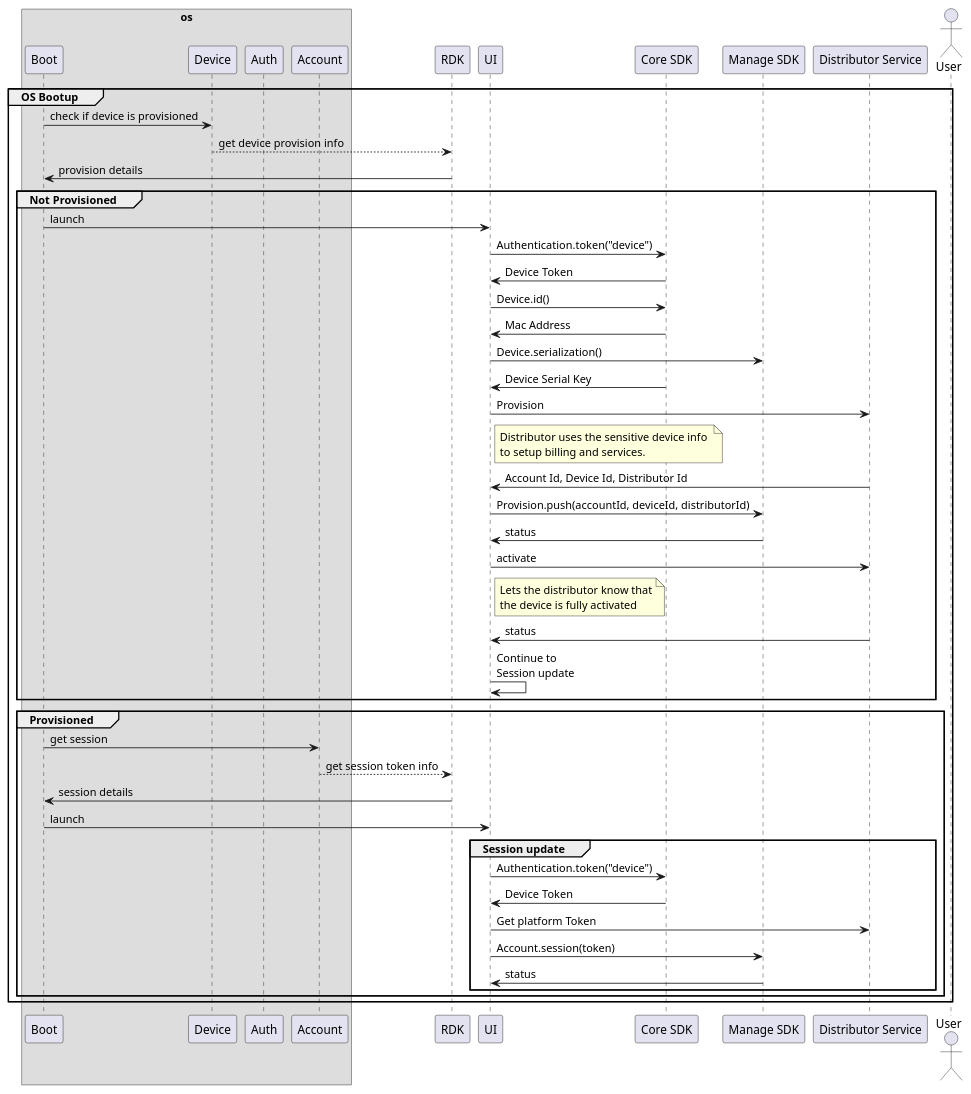
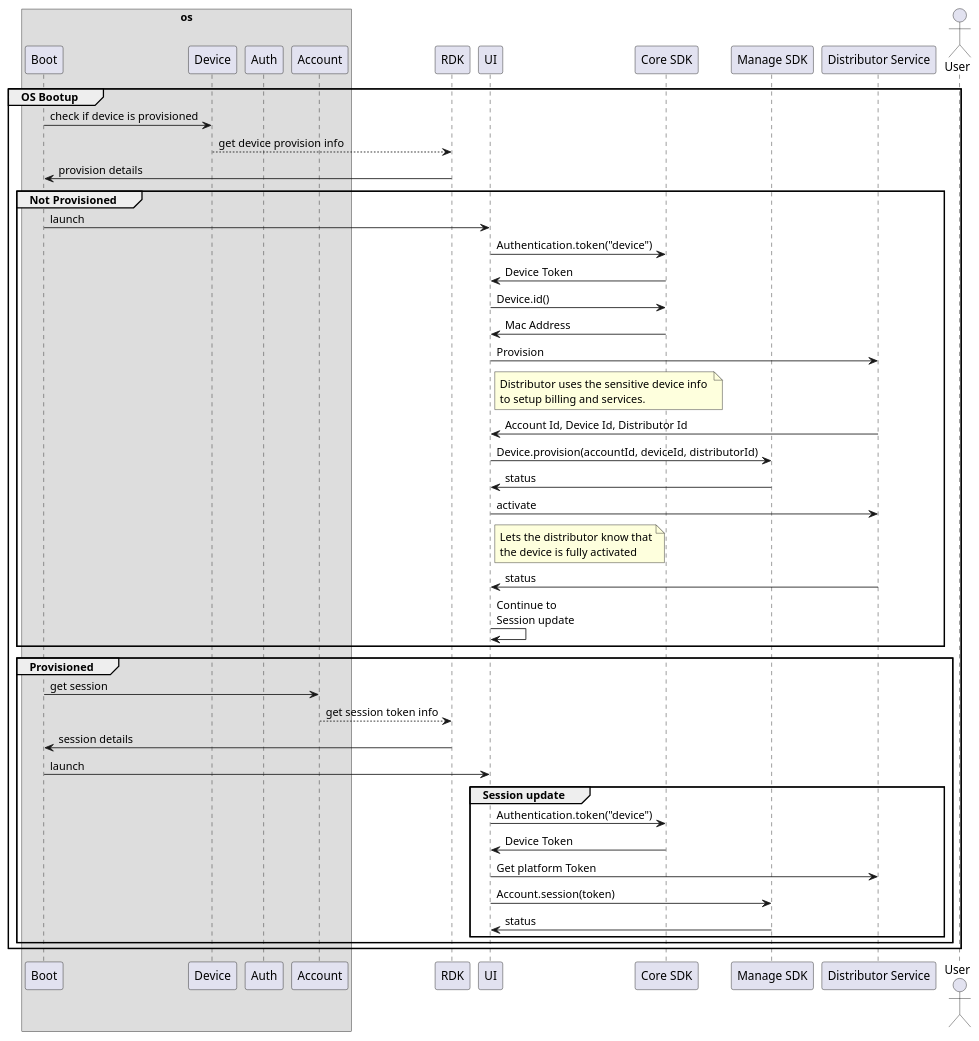
One commit to rdkcentral/ripple-rpc changed the diagram in src/diagrams/provision.puml. Above: the diagram before and after it, drawn with PlantUML. The commit also changed 2 other files, not shown here.

Commit message:
Remove Serialization, Provision Module Dist Id

```diff
--- a/src/diagrams/provision.puml
+++ b/src/diagrams/provision.puml
@@ -1,56 +1,54 @@
 @startuml
 
 box os
     participant boot as "Boot"
     participant device as "Device"
     participant auth as "Auth"
     participant account as "Account"
 end box
 participant rdk as "RDK"
 participant ui as "UI"
 
 participant core as "Core SDK"
 participant manage as "Manage SDK"
 participant distributor as "Distributor Service"
 actor user as "User"
 
 group OS Bootup
     boot -> device: check if device is provisioned
     device --> rdk : get device provision info
     rdk -> boot : provision details
     group Not Provisioned
         boot -> ui :launch
         ui -> core:Authentication.token("device")
         core -> ui:Device Token
         ui -> core:Device.id()
         core -> ui:Mac Address
-        ui -> manage:Device.serialization()
-        core -> ui:Device Serial Key
         ui -> distributor:Provision
         note right of ui: Distributor uses the sensitive device info \nto setup billing and services.
         distributor -> ui:Account Id, Device Id, Distributor Id
-        ui -> manage:Provision.push(accountId, deviceId, distributorId)
+        ui -> manage:Device.provision(accountId, deviceId, distributorId)
         manage -> ui:status
         ui -> distributor:activate
         note right of ui: Lets the distributor know that\nthe device is fully activated
         distributor -> ui: status
         ui -> ui:Continue to \nSession update
     end
     group Provisioned
         boot -> account : get session
         account --> rdk: get session token info
         rdk -> boot : session details
         boot -> ui :launch
         group Session update
             ui -> core:Authentication.token("device")
             core -> ui:Device Token
             ui -> distributor:Get platform Token
             ui -> manage:Account.session(token)
             manage -> ui:status
         end
     end
 
 end
 
 
 @enduml
```
